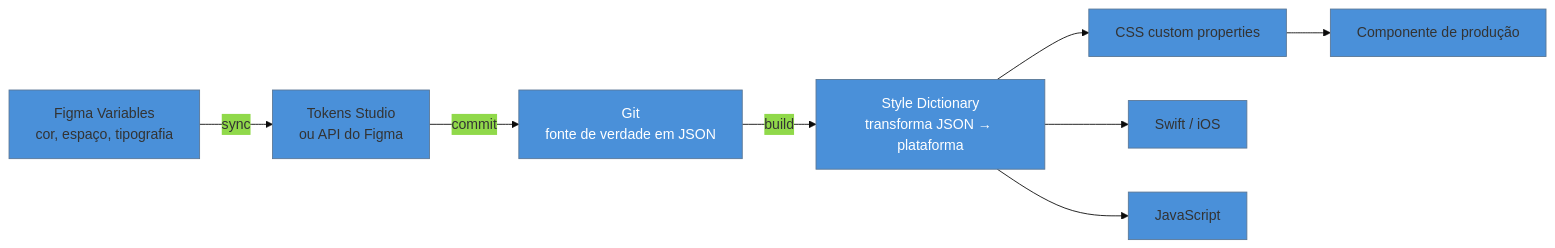
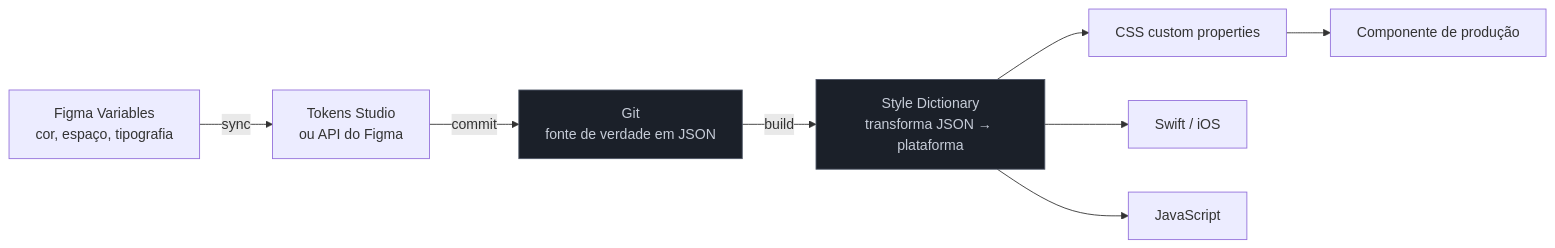
The diagram in 03-Dominios/Tecnologia/Ferramentas de Design/08 - Pipeline de tokens.md (josenaldo/codex-technomanticus), drawn with Mermaid before and after one commit. The commit also changed 1181 other files, not shown here.

First line of the commit message:
fix(diagramas): paleta do sistema no lugar de cor cravada no markdown

````diff
--- a/03-Dominios/Tecnologia/Ferramentas de Design/08 - Pipeline de tokens.md
+++ b/03-Dominios/Tecnologia/Ferramentas de Design/08 - Pipeline de tokens.md
@@ -28,13 +28,13 @@
 ```mermaid
-%%{init: {"theme": "base", "themeVariables": {"primaryColor": "#4A90D9"}}}%%
 graph LR
+    classDef neutro fill:#1B2029,stroke:#4E5666,color:#C6CCD8
     F["Figma Variables<br/>cor, espaço, tipografia"] -->|sync| TS["Tokens Studio<br/>ou API do Figma"]
     TS -->|commit| GIT["Git<br/>fonte de verdade em JSON"]
     GIT -->|build| SD["Style Dictionary<br/>transforma JSON → plataforma"]
     SD --> CSS["CSS custom properties"]
     SD --> SWIFT["Swift / iOS"]
     SD --> JS["JavaScript"]
     CSS --> COMP["Componente de produção"]
-    style GIT fill:#4A90D9,color:#fff
-    style SD fill:#4A90D9,color:#fff
+    class GIT neutro
+    class SD neutro
 ```
````
